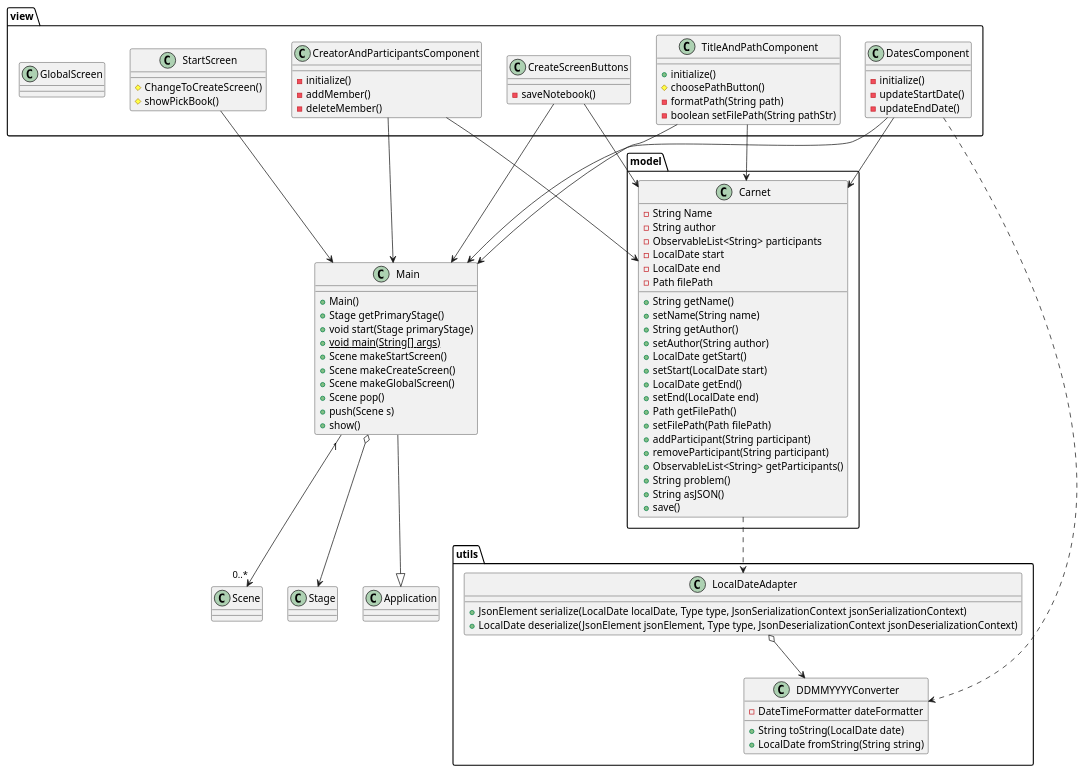
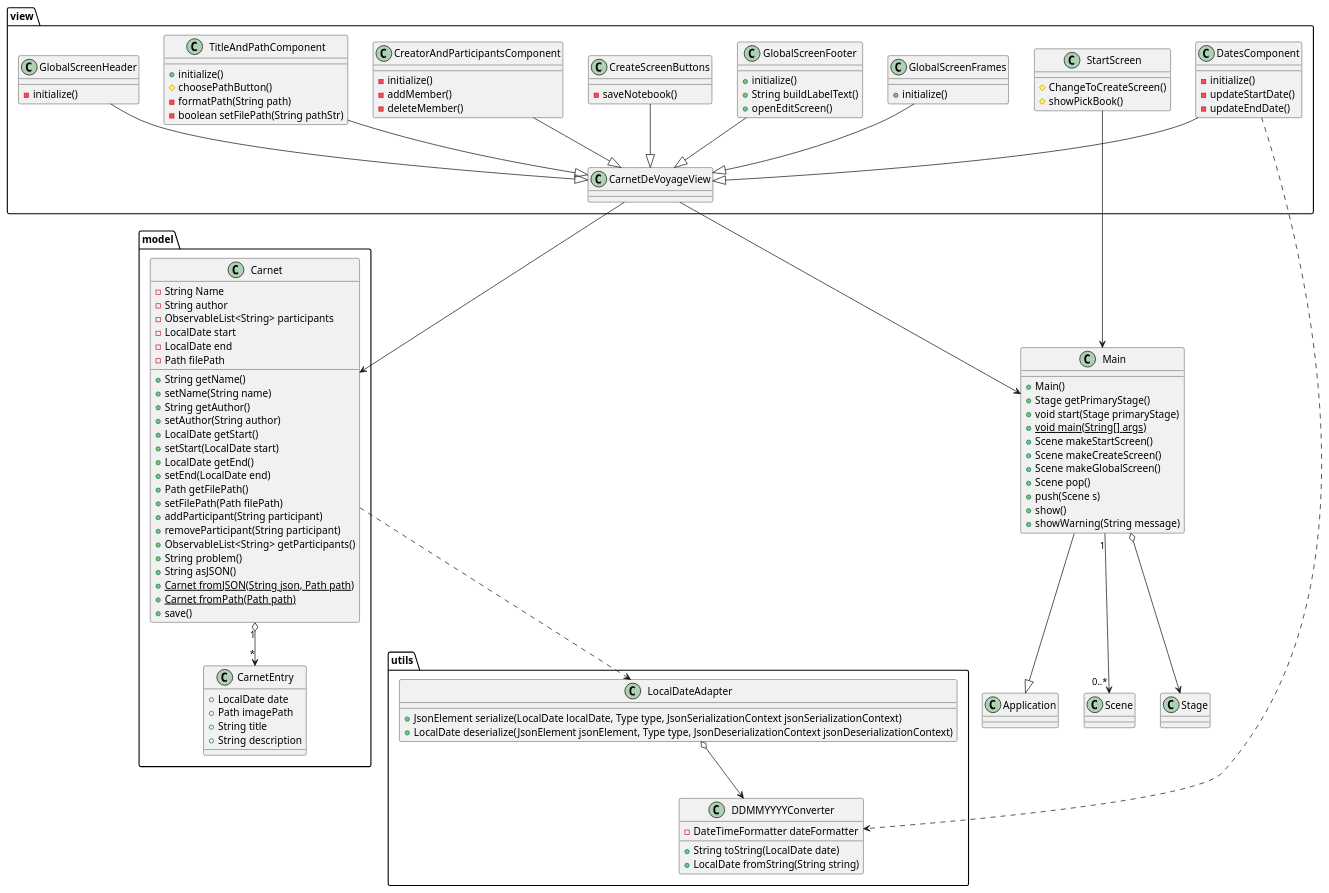
One commit to LucasEBSkora/lab2-PCD changed the diagram in class-diagram.puml. Above: the diagram before and after it, drawn with PlantUML. The commit also changed 19 other files, not shown here.

```diff
--- a/class-diagram.puml
+++ b/class-diagram.puml
@@ -1,104 +1,131 @@
 @startuml
 'https://plantuml.com/class-diagram
 
 Main --|> Application
 class Main {
     + Main()
     + Stage getPrimaryStage()
     + void start(Stage primaryStage)
     + {static} void main(String[] args)
     + Scene makeStartScreen()
     + Scene makeCreateScreen()
     + Scene makeGlobalScreen()
     + Scene pop()
     + push(Scene s)
     + show()
+    + showWarning(String message)
 }
 Main "1" --> "0..*" Scene
 Main o--> Stage
 
 package model {
     class Carnet {
         - String Name
         - String author
         - ObservableList<String> participants
         - LocalDate start
         - LocalDate end
         - Path filePath
         + String getName()
         + setName(String name)
         + String getAuthor()
         + setAuthor(String author)
         + LocalDate getStart()
         + setStart(LocalDate start)
         + LocalDate getEnd()
         + setEnd(LocalDate end)
         + Path getFilePath()
         + setFilePath(Path filePath)
         + addParticipant(String participant)
         + removeParticipant(String participant)
         + ObservableList<String> getParticipants()
         + String problem()
         + String asJSON()
+        + {static} Carnet fromJSON(String json, Path path)
+        + {static} Carnet fromPath(Path path)
         + save()
+    }
+    Carnet "1" o--> "*" CarnetEntry
+    
+    class CarnetEntry {
+        + LocalDate date
+        + Path imagePath
+        + String title
+        + String description
     }
 
 }
 view.DatesComponent ..> utils.DDMMYYYYConverter
 model.Carnet ..> utils.LocalDateAdapter
 package utils {
     class DDMMYYYYConverter {
         - DateTimeFormatter dateFormatter
         + String toString(LocalDate date)
         + LocalDate fromString(String string)
     }
     LocalDateAdapter o--> DDMMYYYYConverter
     class LocalDateAdapter {
                 + JsonElement serialize(LocalDate localDate, Type type, JsonSerializationContext jsonSerializationContext)
                 + LocalDate deserialize(JsonElement jsonElement, Type type, JsonDeserializationContext jsonDeserializationContext)
     }
 
 }
 
 package view {
+    class CarnetDeVoyageView {
+    }
+    CarnetDeVoyageView --> Main
+    CarnetDeVoyageView --> Carnet
+
     class CreateScreenButtons {
         - saveNotebook()
     }
-    CreateScreenButtons --> Main
-    CreateScreenButtons --> Carnet
+    CreateScreenButtons --|> CarnetDeVoyageView
 
     class CreatorAndParticipantsComponent {
         - initialize()
         - addMember()
         - deleteMember()
     }
-    CreatorAndParticipantsComponent --> Main
-    CreatorAndParticipantsComponent --> Carnet
+    CreatorAndParticipantsComponent --|> CarnetDeVoyageView
 
     class DatesComponent {
         - initialize()
         - updateStartDate()
         - updateEndDate()
     }
-    DatesComponent --> Main
-    DatesComponent --> Carnet
+    DatesComponent --|> CarnetDeVoyageView
 
     class TitleAndPathComponent {
         + initialize()
         # choosePathButton()
         - formatPath(String path)
         - boolean setFilePath(String pathStr)
     }
-    TitleAndPathComponent --> Main
-    TitleAndPathComponent --> Carnet
+    TitleAndPathComponent --|> CarnetDeVoyageView
 
     class StartScreen {
         # ChangeToCreateScreen()
         # showPickBook()
     }
     StartScreen --> Main
 
-    class GlobalScreen
+    class GlobalScreenHeader {
+        - initialize()
+    }
+    GlobalScreenHeader --|> CarnetDeVoyageView
+
+    class GlobalScreenFrames {
+        + initialize()
+    }
+    GlobalScreenFrames --|> CarnetDeVoyageView
+
+    class GlobalScreenFooter {
+        + initialize()
+        + String buildLabelText()
+        + openEditScreen()
+    }
+    GlobalScreenFooter --|> CarnetDeVoyageView
 }
 
 @enduml
```
